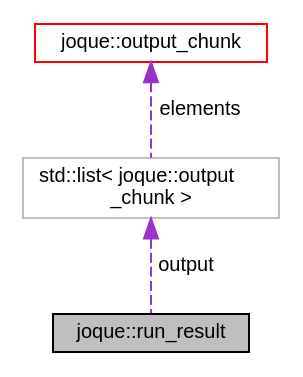
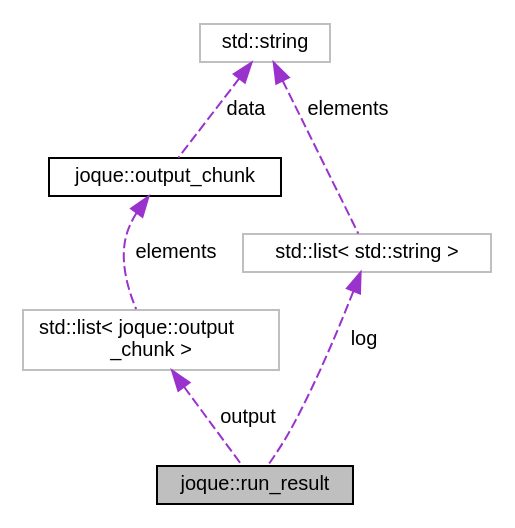
The diagram in structjoque_1_1run__result__coll__graph.dot (koniarik/joque), drawn with Graphviz before and after one commit. The commit also changed 256 other files, not shown here.

```diff
--- a/structjoque_1_1run__result__coll__graph.dot
+++ b/structjoque_1_1run__result__coll__graph.dot
@@ -1,11 +1,16 @@
 digraph "joque::run_result"
 {
  // LATEX_PDF_SIZE
   edge [fontname="Helvetica",fontsize="10",labelfontname="Helvetica",labelfontsize="10"];
   node [fontname="Helvetica",fontsize="10",shape=record];
   Node1 [label="joque::run_result",height=0.2,width=0.4,color="black", fillcolor="grey75", style="filled", fontcolor="black",tooltip="Result of single traits run call. Information is stored in run record."];
   Node2 -> Node1 [dir="back",color="darkorchid3",fontsize="10",style="dashed",label=" output" ,fontname="Helvetica"];
   Node2 [label="std::list\< joque::output\l_chunk \>",height=0.2,width=0.4,color="grey75", fillcolor="white", style="filled",tooltip=" "];
   Node3 -> Node2 [dir="back",color="darkorchid3",fontsize="10",style="dashed",label=" elements" ,fontname="Helvetica"];
-  Node3 [label="joque::output_chunk",height=0.2,width=0.4,color="red", fillcolor="white", style="filled",URL="$structjoque_1_1output__chunk.html",tooltip=" "];
+  Node3 [label="joque::output_chunk",height=0.2,width=0.4,color="black", fillcolor="white", style="filled",URL="$structjoque_1_1output__chunk.html",tooltip=" "];
+  Node4 -> Node3 [dir="back",color="darkorchid3",fontsize="10",style="dashed",label=" data" ,fontname="Helvetica"];
+  Node4 [label="std::string",height=0.2,width=0.4,color="grey75", fillcolor="white", style="filled",tooltip=" "];
+  Node6 -> Node1 [dir="back",color="darkorchid3",fontsize="10",style="dashed",label=" log" ,fontname="Helvetica"];
+  Node6 [label="std::list\< std::string \>",height=0.2,width=0.4,color="grey75", fillcolor="white", style="filled",tooltip=" "];
+  Node4 -> Node6 [dir="back",color="darkorchid3",fontsize="10",style="dashed",label=" elements" ,fontname="Helvetica"];
 }
```
